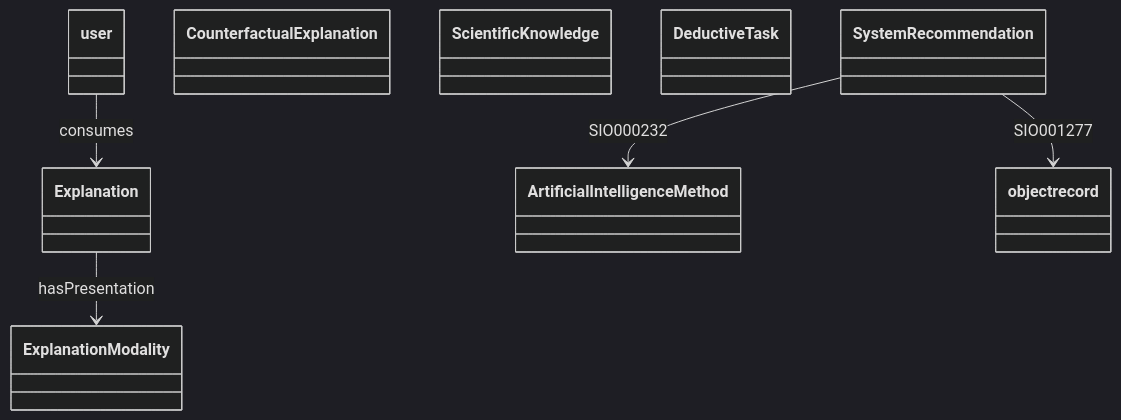
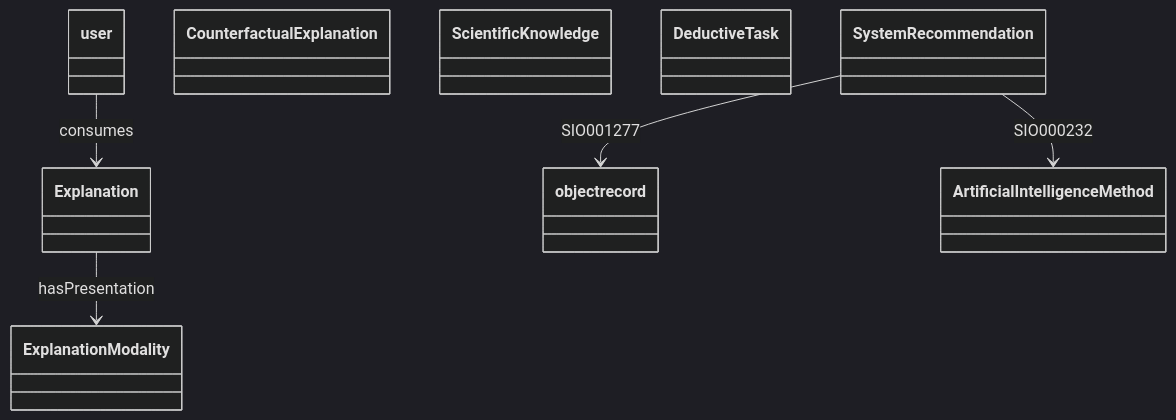
Before and after one commit to oeg-upm/Devos: the diagram in output/ieswc_leng/explanation-ontology.owl-leng-5-10.md, drawn with Mermaid (dark theme). The commit also changed other lines of this file and 206 other files, not shown here.

````diff
--- a/output/ieswc_leng/explanation-ontology.owl-leng-5-10.md
+++ b/output/ieswc_leng/explanation-ontology.owl-leng-5-10.md
@@ -1,35 +1,35 @@
 ```mermaid
 	classDiagram
 
     
     class Explanation {
     
     }
 
     class SystemRecommendation {
     
     }
 
     class CounterfactualExplanation {
     
     }
 
     class ScientificKnowledge {
     
     }
 
     class DeductiveTask {
     
     }
 
 
 
 user  --> Explanation   :consumes  
 
+SystemRecommendation  --> objectrecord   :SIO001277  
+
 SystemRecommendation  --> ArtificialIntelligenceMethod   :SIO000232  
 
 Explanation  --> ExplanationModality   :hasPresentation  
 
-SystemRecommendation  --> objectrecord   :SIO001277  
-
 ```
````
